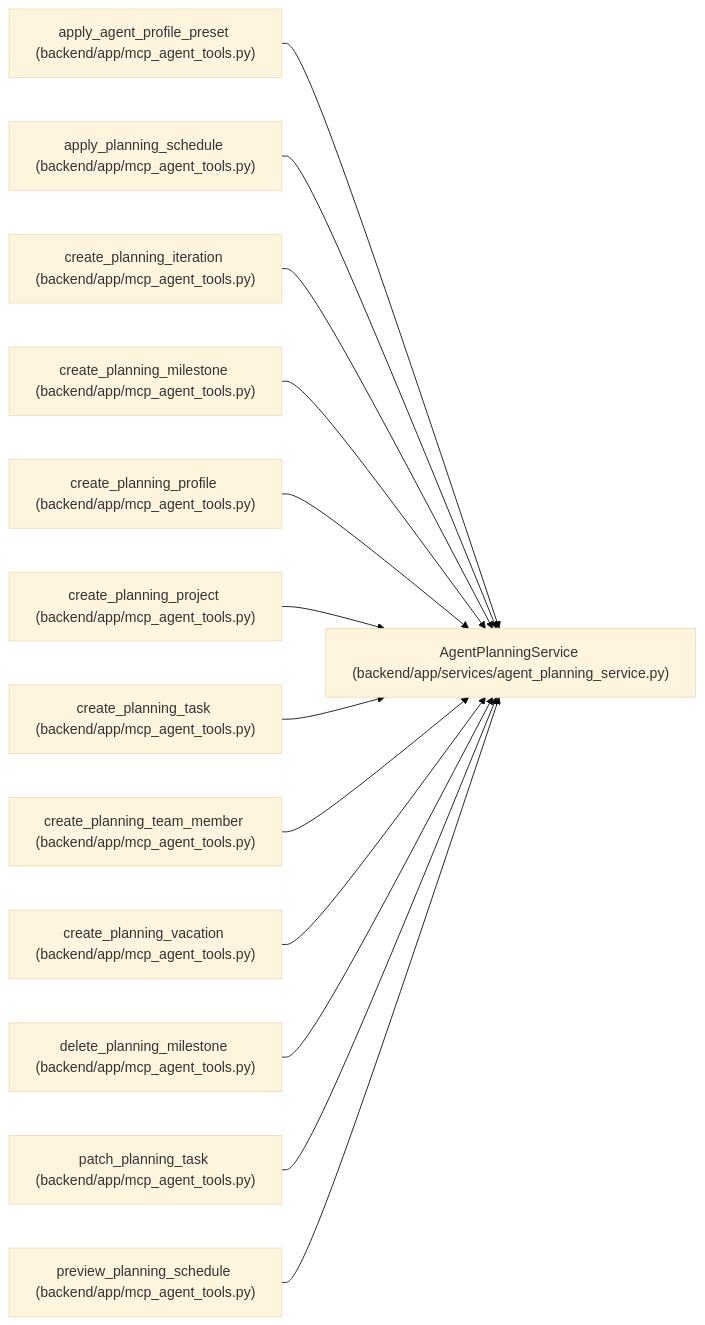
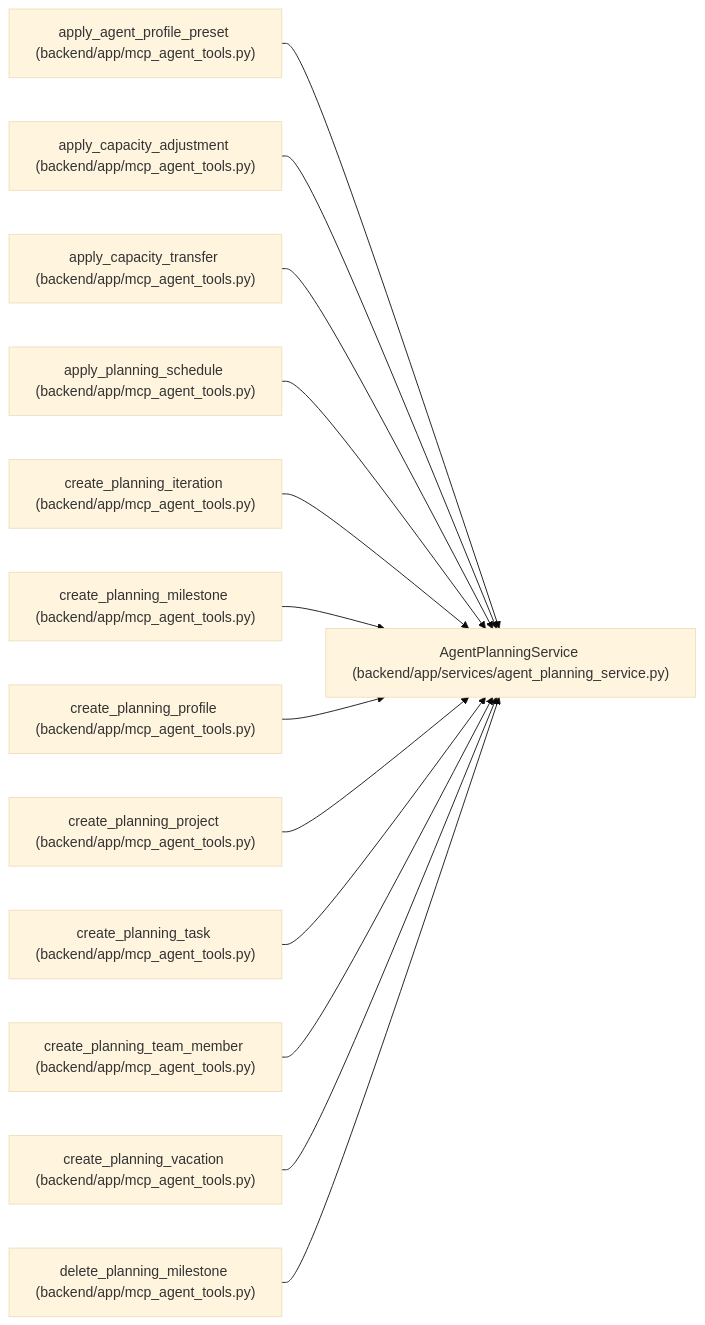
One commit to Denissvgn/WorkChord changed the diagram in docs/llm_wiki/entities/AgentPlanningService.md. Above: the diagram before and after it, drawn with Mermaid (base theme). The commit also changed other lines of this file and 1817 other files, not shown here.

First line of the commit message:
Refresh the architectural wiki for the 1.9.0 changes

````diff
--- a/docs/llm_wiki/entities/AgentPlanningService.md
+++ b/docs/llm_wiki/entities/AgentPlanningService.md
@@ -56,41 +60,41 @@
 ```mermaid
 flowchart LR
     n0["AgentPlanningService (backend/app/services/agent_planning_service.py)"]
     n1["apply_agent_profile_preset (backend/app/mcp_agent_tools.py)"]
-    n2["apply_planning_schedule (backend/app/mcp_agent_tools.py)"]
-    n3["create_planning_iteration (backend/app/mcp_agent_tools.py)"]
-    n4["create_planning_milestone (backend/app/mcp_agent_tools.py)"]
-    n5["create_planning_profile (backend/app/mcp_agent_tools.py)"]
-    n6["create_planning_project (backend/app/mcp_agent_tools.py)"]
-    n7["create_planning_task (backend/app/mcp_agent_tools.py)"]
-    n8["create_planning_team_member (backend/app/mcp_agent_tools.py)"]
-    n9["create_planning_vacation (backend/app/mcp_agent_tools.py)"]
-    n10["delete_planning_milestone (backend/app/mcp_agent_tools.py)"]
-    n11["patch_planning_task (backend/app/mcp_agent_tools.py)"]
-    n12["preview_planning_schedule (backend/app/mcp_agent_tools.py)"]
+    n2["apply_capacity_adjustment (backend/app/mcp_agent_tools.py)"]
+    n3["apply_capacity_transfer (backend/app/mcp_agent_tools.py)"]
+    n4["apply_planning_schedule (backend/app/mcp_agent_tools.py)"]
+    n5["create_planning_iteration (backend/app/mcp_agent_tools.py)"]
+    n6["create_planning_milestone (backend/app/mcp_agent_tools.py)"]
+    n7["create_planning_profile (backend/app/mcp_agent_tools.py)"]
+    n8["create_planning_project (backend/app/mcp_agent_tools.py)"]
+    n9["create_planning_task (backend/app/mcp_agent_tools.py)"]
+    n10["create_planning_team_member (backend/app/mcp_agent_tools.py)"]
+    n11["create_planning_vacation (backend/app/mcp_agent_tools.py)"]
+    n12["delete_planning_milestone (backend/app/mcp_agent_tools.py)"]
     n1 --> n0
     n2 --> n0
     n3 --> n0
     n4 --> n0
     n5 --> n0
     n6 --> n0
     n7 --> n0
     n8 --> n0
     n9 --> n0
     n10 --> n0
     n11 --> n0
     n12 --> n0
     click n0 "../modules/agent_planning_service.md"
     click n1 "../modules/mcp_agent_tools.md"
     click n2 "../modules/mcp_agent_tools.md"
     click n3 "../modules/mcp_agent_tools.md"
     click n4 "../modules/mcp_agent_tools.md"
     click n5 "../modules/mcp_agent_tools.md"
     click n6 "../modules/mcp_agent_tools.md"
     click n7 "../modules/mcp_agent_tools.md"
     click n8 "../modules/mcp_agent_tools.md"
     click n9 "../modules/mcp_agent_tools.md"
     click n10 "../modules/mcp_agent_tools.md"
     click n11 "../modules/mcp_agent_tools.md"
     click n12 "../modules/mcp_agent_tools.md"
 ```
````
